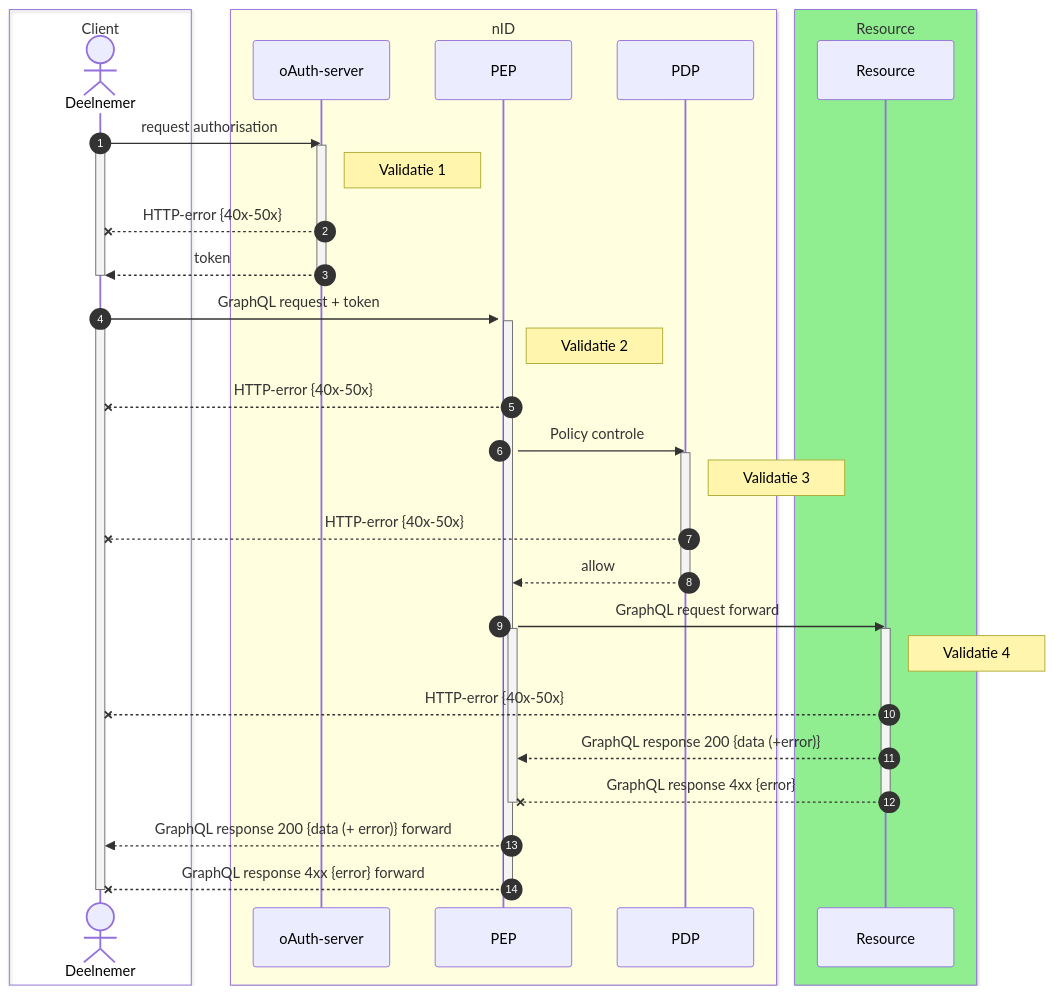
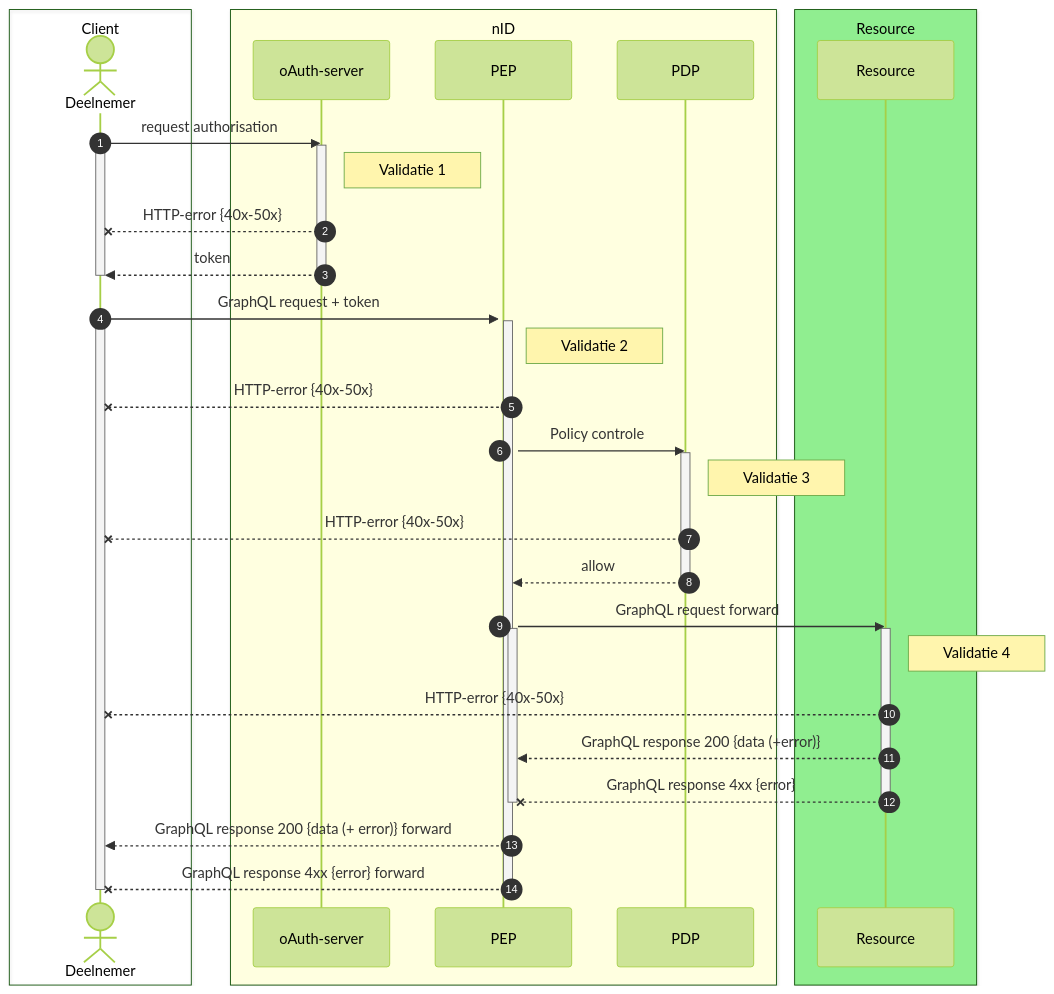
Before and after one commit to iStandaarden/Afsprakenstelsel-iWlz: the diagram in docs/applicatie/graphql_over_http.md, drawn with Mermaid. The commit also changed other lines of this file and 7 other files, not shown here.

````diff
--- a/docs/applicatie/graphql_over_http.md
+++ b/docs/applicatie/graphql_over_http.md
@@ -29,56 +29,56 @@
 ```mermaid
 ---
 config:
-  theme: default
+  theme: forest
 ---
 sequenceDiagram
 autonumber
   box Client
   actor Deelnemer
   end
 
   box lightyellow nID
   participant authz as oAuth-server
   participant PEP
   participant PDP
   end
 
   box lightgreen Resource
   participant Resource
   end
 
   Deelnemer->>authz: request authorisation
   activate authz
   activate Deelnemer
     note right of authz: Validatie 1
     authz --x Deelnemer: HTTP-error {40x-50x}
     authz-->>Deelnemer: token
   deactivate authz
   deactivate Deelnemer
 
   Deelnemer->>+PEP: GraphQL request + token
   activate Deelnemer
     activate PEP
     note right of PEP: Validatie 2
     PEP --x Deelnemer: HTTP-error {40x-50x}
     PEP->>PDP: Policy controle
       activate PDP
       note right of PDP: Validatie 3
       PDP--xDeelnemer: HTTP-error {40x-50x}
       PDP-->>PEP: allow
       deactivate PDP
     PEP->>Resource: GraphQL request forward
       activate PEP
         activate Resource
         note right of Resource: Validatie 4
         Resource--xDeelnemer: HTTP-error {40x-50x}
         Resource-->>PEP: GraphQL response 200 {data (+error)}
         Resource--xPEP: GraphQL response 4xx {error}
         deactivate Resource
       deactivate PEP
     PEP-->> Deelnemer: GraphQL response 200 {data (+ error)} forward
     PEP--X Deelnemer: GraphQL response 4xx {error} forward
     deactivate PEP
   deactivate Deelnemer
 
 ```
````
